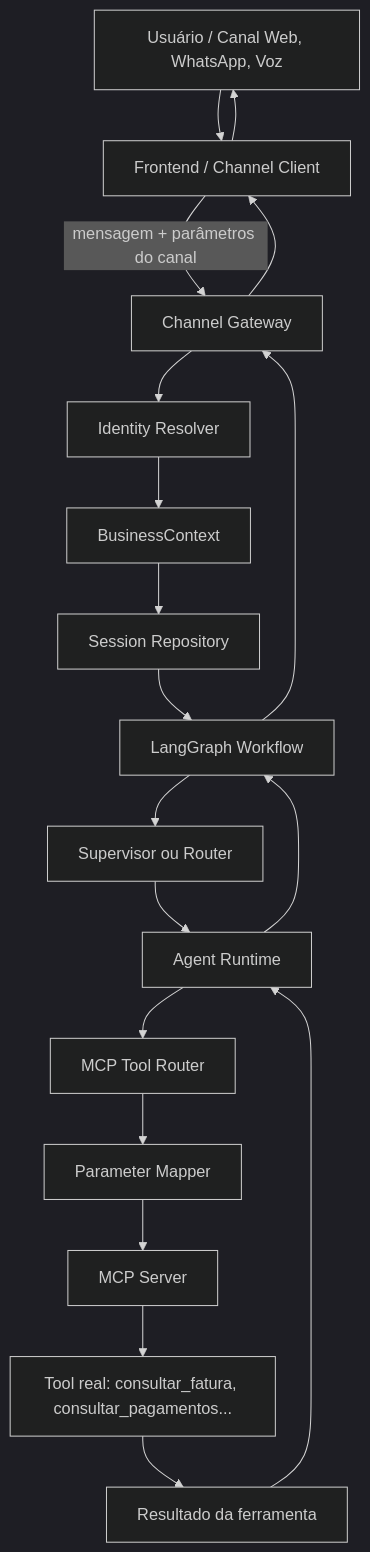
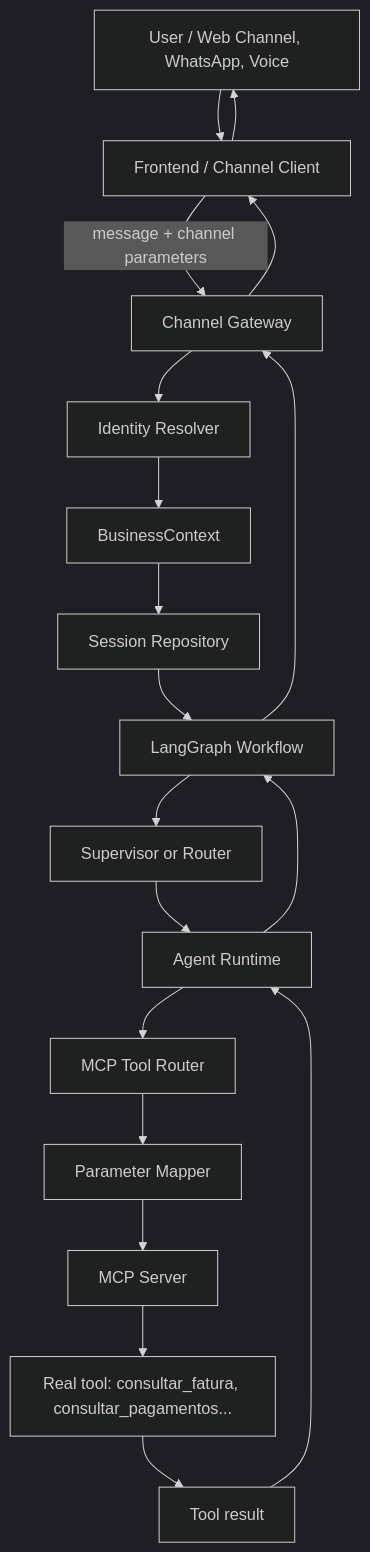
The fourth of 8 diagrams in README.md (hoshikawa2/agent_framework_oci_2), drawn with Mermaid (dark theme) before and after one commit. The commit also changed other lines of this file, not shown here.

Commit message:
examples of graph flow

````diff
--- a/README.md
+++ b/README.md
@@ -3932,35 +3923,35 @@
 ```mermaid
 flowchart TD
 
-    U[Usuário / Canal Web, WhatsApp, Voz] --> F[Frontend / Channel Client]
+    U[User / Web Channel, WhatsApp, Voice] --> F[Frontend / Channel Client]
 
-    F -->|mensagem + parâmetros do canal| G[Channel Gateway]
+    F -->|message + channel parameters| G[Channel Gateway]
 
     G --> I[Identity Resolver]
 
     I --> BC[BusinessContext]
 
     BC --> S[Session Repository]
 
     S --> LG[LangGraph Workflow]
 
-    LG --> SUP[Supervisor ou Router]
+    LG --> SUP[Supervisor or Router]
 
     SUP --> AR[Agent Runtime]
 
     AR --> TR[MCP Tool Router]
 
     TR --> MAP[Parameter Mapper]
 
     MAP --> MCP[MCP Server]
 
-    MCP --> TOOL[Tool real: consultar_fatura, consultar_pagamentos...]
+    MCP --> TOOL[Real tool: consultar_fatura, consultar_pagamentos...]
 
-    TOOL --> RES[Resultado da ferramenta]
+    TOOL --> RES[Tool result]
 
     RES --> AR
     AR --> LG
     LG --> G
     G --> F
     F --> U
 ```
````
